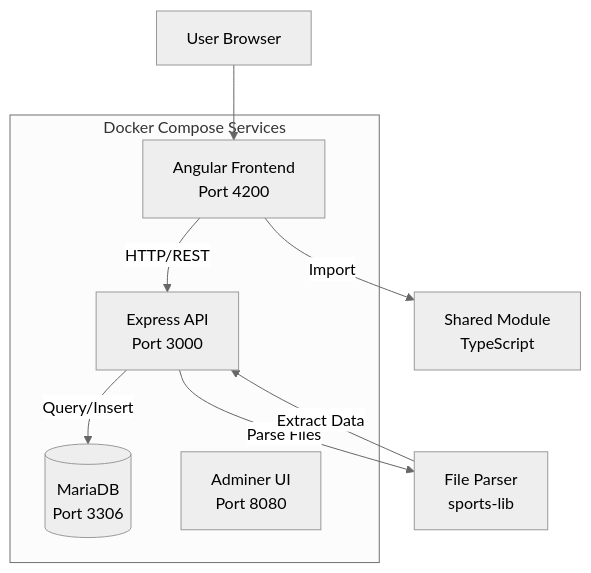
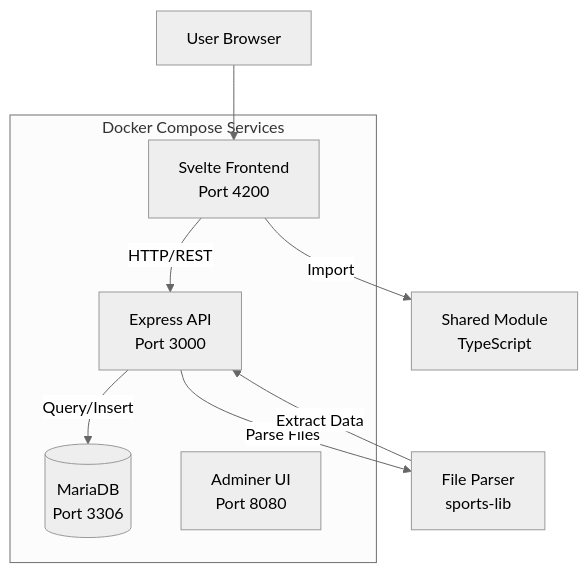
One commit to luispabon/OpenFitLab changed the first of 4 diagrams in docs/ARCHITECTURE.md. Above: the diagram before and after it, drawn with Mermaid (neutral theme). The commit also changed other lines of this file and 56 other files, not shown here.

````diff
--- a/docs/ARCHITECTURE.md
+++ b/docs/ARCHITECTURE.md
@@ -7,16 +7,16 @@
 ```mermaid
 graph TB
-    User[User Browser] --> Frontend[Angular Frontend<br/>Port 4200]
+    User[User Browser] --> Frontend[Svelte Frontend<br/>Port 4200]
     Frontend -->|HTTP/REST| API[Express API<br/>Port 3000]
     API -->|Parse Files| Parser[File Parser<br/>sports-lib]
     API -->|Query/Insert| DB[(MariaDB<br/>Port 3306)]
     Parser -->|Extract Data| API
     Frontend -->|Import| Shared[Shared Module<br/>TypeScript]
     
     subgraph "Docker Compose Services"
         Frontend
         API
         DB
         Adminer[Adminer UI<br/>Port 8080]
     end
 ```
````
